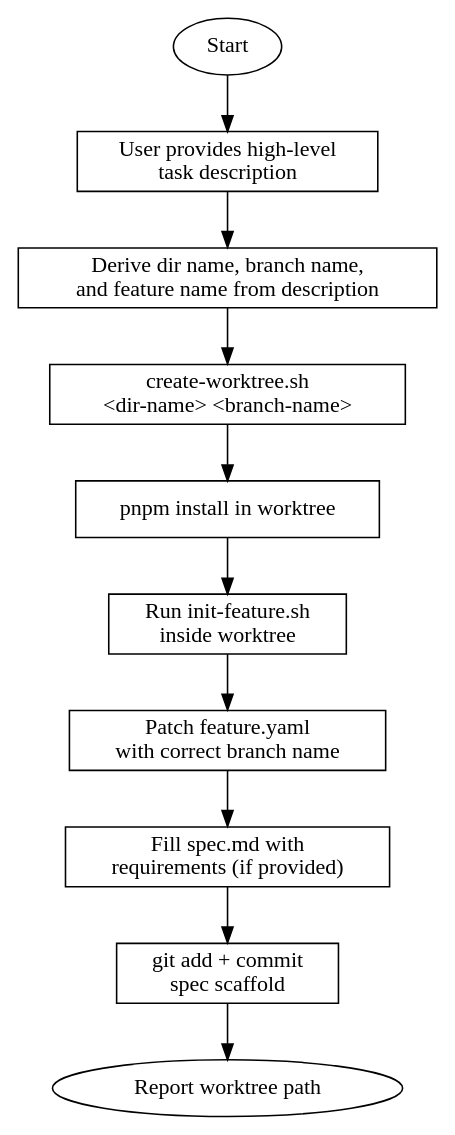
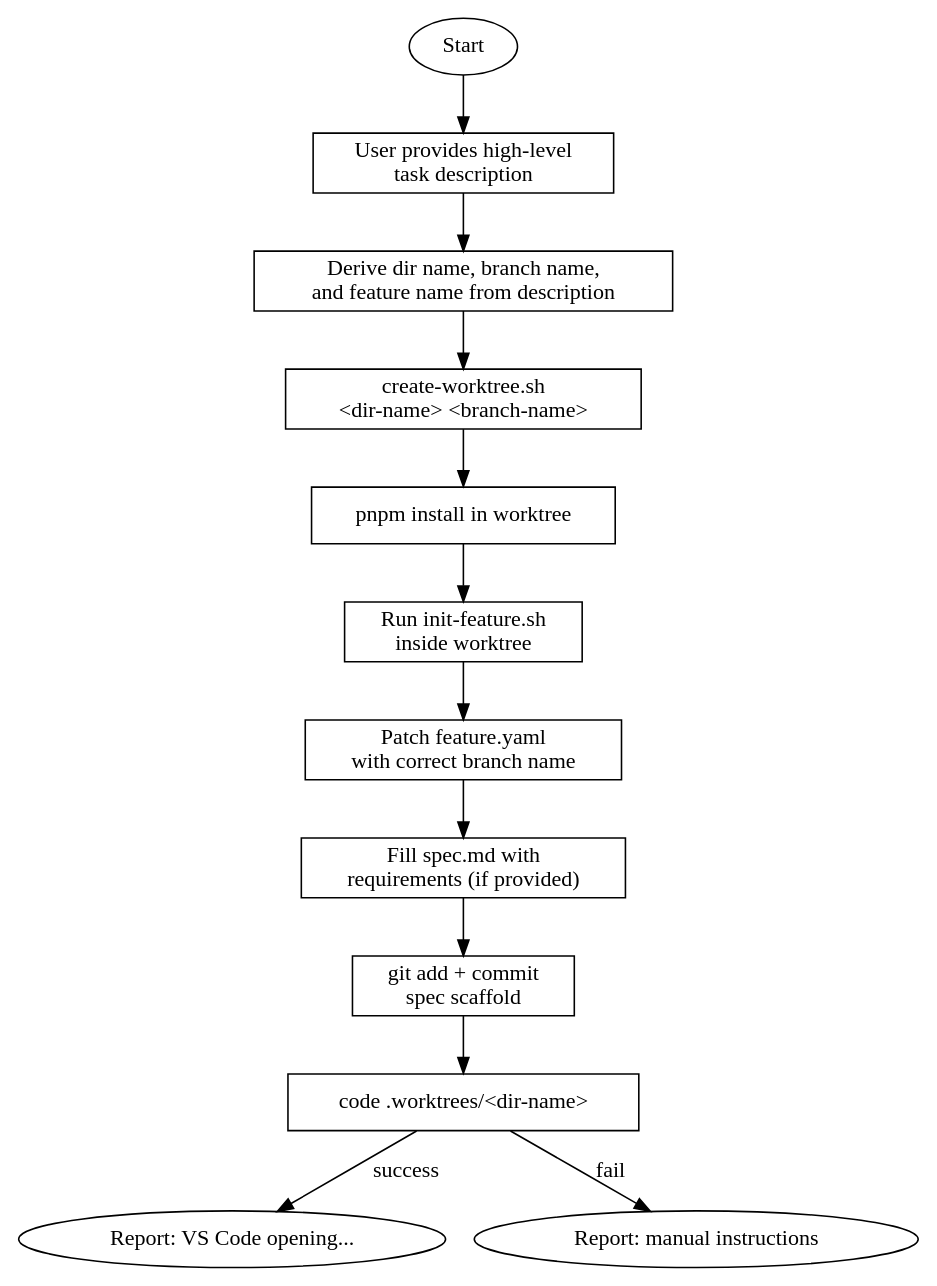
Before and after one commit to shep-ai/cli: the diagram in .claude/skills/shep-kit:parallel-task/SKILL.md, drawn with Graphviz. The commit also changed other lines of this file, not shown here.

Commit message:
chore: update parallel-task to open new code

````diff
--- a/.claude/skills/shep-kit:parallel-task/SKILL.md
+++ b/.claude/skills/shep-kit:parallel-task/SKILL.md
@@ -18,27 +18,31 @@
 ```dot
 digraph parallel_task {
     rankdir=TB;
     node [shape=box];
 
     start [label="Start" shape=ellipse];
     get_desc [label="User provides high-level\ntask description"];
     derive [label="Derive dir name, branch name,\nand feature name from description"];
     create_wt [label="create-worktree.sh\n<dir-name> <branch-name>"];
     install [label="pnpm install in worktree"];
     init_spec [label="Run init-feature.sh\ninside worktree"];
     fix_yaml [label="Patch feature.yaml\nwith correct branch name"];
     fill_spec [label="Fill spec.md with\nrequirements (if provided)"];
     commit [label="git add + commit\nspec scaffold"];
-    report [label="Report worktree path" shape=ellipse];
+    open_code [label="code .worktrees/<dir-name>"];
+    success [label="Report: VS Code opening..." shape=ellipse];
+    fail [label="Report: manual instructions" shape=ellipse];
 
     start -> get_desc;
     get_desc -> derive;
     derive -> create_wt;
     create_wt -> install;
     install -> init_spec;
     init_spec -> fix_yaml;
     fix_yaml -> fill_spec;
     fill_spec -> commit;
-    commit -> report;
+    commit -> open_code;
+    open_code -> success [label="success"];
+    open_code -> fail [label="fail"];
 }
 ```
````
